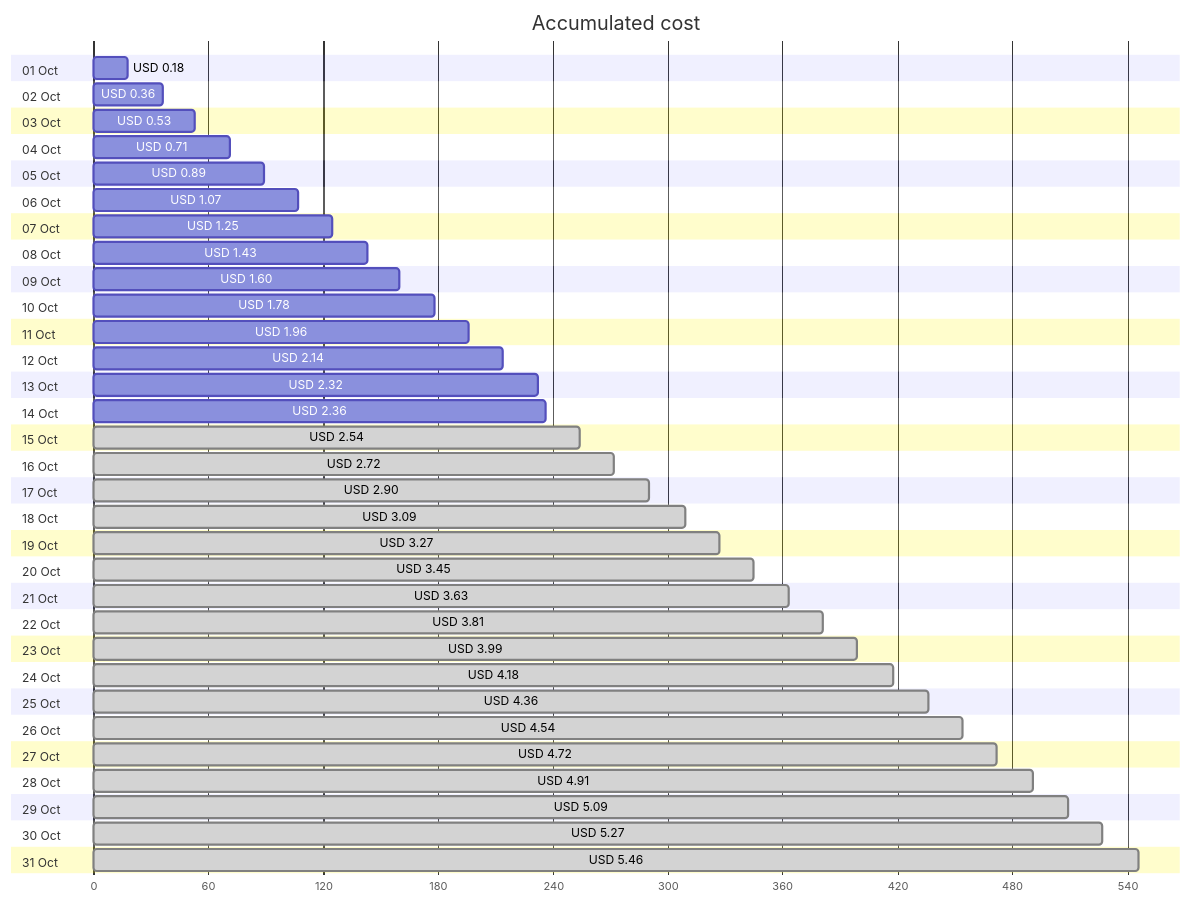
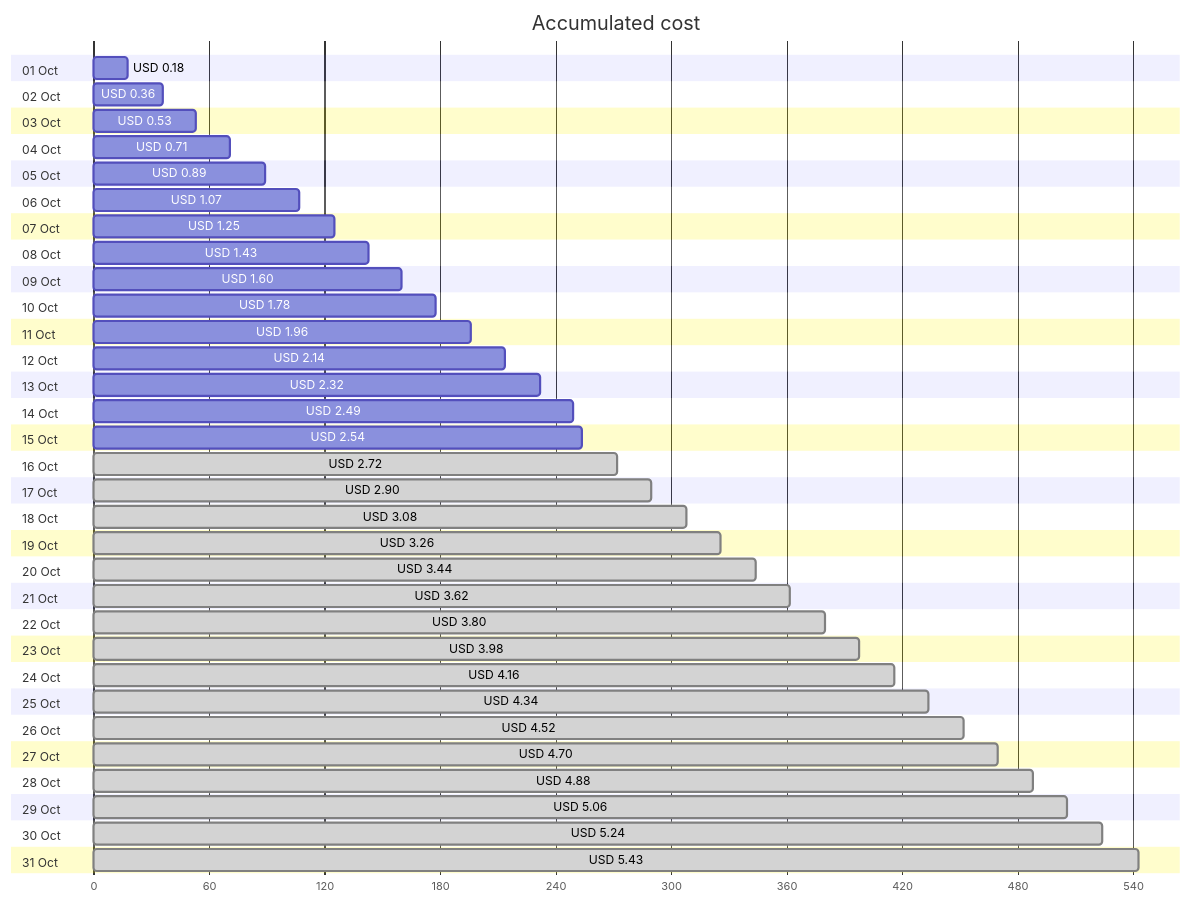
Before and after one commit to jpfulton/azure-personal-reports: the first of 4 diagrams in cost-reports/personal-network/backup-server.md, drawn with Mermaid. The commit also changed other lines of this file and 8 other files, not shown here.

````diff
--- a/cost-reports/personal-network/backup-server.md
+++ b/cost-reports/personal-network/backup-server.md
@@ -20,68 +20,68 @@
 ```mermaid
 gantt
    title Accumulated cost
    dateFormat  X
    axisFormat %s
    section 01 Oct
    USD 0.18 :0, 18
    section 02 Oct
    USD 0.36 :0, 36
    section 03 Oct
    USD 0.53 :0, 53
    section 04 Oct
    USD 0.71 :0, 71
    section 05 Oct
    USD 0.89 :0, 89
    section 06 Oct
    USD 1.07 :0, 107
    section 07 Oct
    USD 1.25 :0, 125
    section 08 Oct
    USD 1.43 :0, 143
    section 09 Oct
    USD 1.60 :0, 160
    section 10 Oct
    USD 1.78 :0, 178
    section 11 Oct
    USD 1.96 :0, 196
    section 12 Oct
    USD 2.14 :0, 214
    section 13 Oct
    USD 2.32 :0, 232
    section 14 Oct
-   USD 2.36 :0, 236
+   USD 2.49 :0, 249
    section 15 Oct
-   USD 2.54 : done, 0, 254
+   USD 2.54 :0, 254
    section 16 Oct
    USD 2.72 : done, 0, 272
    section 17 Oct
    USD 2.90 : done, 0, 290
    section 18 Oct
-   USD 3.09 : done, 0, 309
+   USD 3.08 : done, 0, 308
    section 19 Oct
-   USD 3.27 : done, 0, 327
+   USD 3.26 : done, 0, 326
    section 20 Oct
-   USD 3.45 : done, 0, 345
+   USD 3.44 : done, 0, 344
    section 21 Oct
-   USD 3.63 : done, 0, 363
+   USD 3.62 : done, 0, 362
    section 22 Oct
-   USD 3.81 : done, 0, 381
+   USD 3.80 : done, 0, 380
    section 23 Oct
-   USD 3.99 : done, 0, 399
+   USD 3.98 : done, 0, 398
    section 24 Oct
-   USD 4.18 : done, 0, 418
+   USD 4.16 : done, 0, 416
    section 25 Oct
-   USD 4.36 : done, 0, 436
+   USD 4.34 : done, 0, 434
    section 26 Oct
-   USD 4.54 : done, 0, 454
+   USD 4.52 : done, 0, 452
    section 27 Oct
-   USD 4.72 : done, 0, 472
+   USD 4.70 : done, 0, 470
    section 28 Oct
-   USD 4.91 : done, 0, 491
+   USD 4.88 : done, 0, 488
    section 29 Oct
-   USD 5.09 : done, 0, 509
+   USD 5.06 : done, 0, 506
    section 30 Oct
-   USD 5.27 : done, 0, 527
+   USD 5.24 : done, 0, 524
    section 31 Oct
-   USD 5.46 : done, 0, 546
+   USD 5.43 : done, 0, 543
 ```
````
